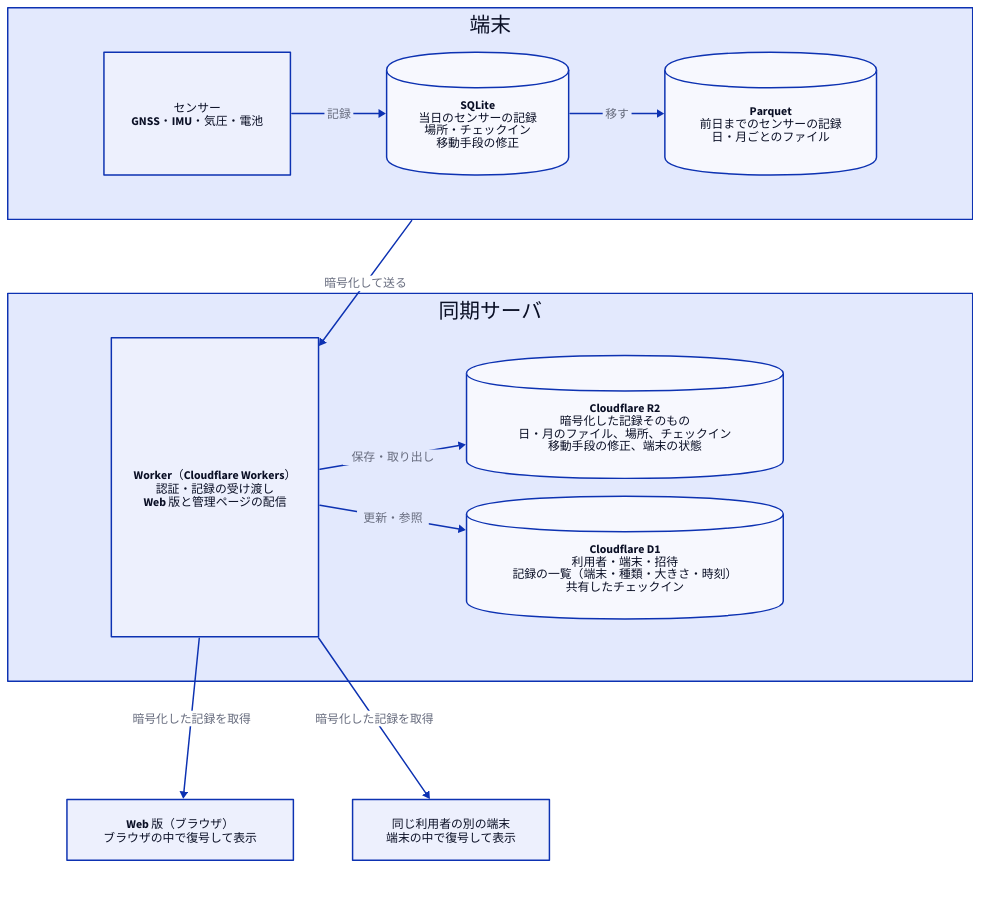
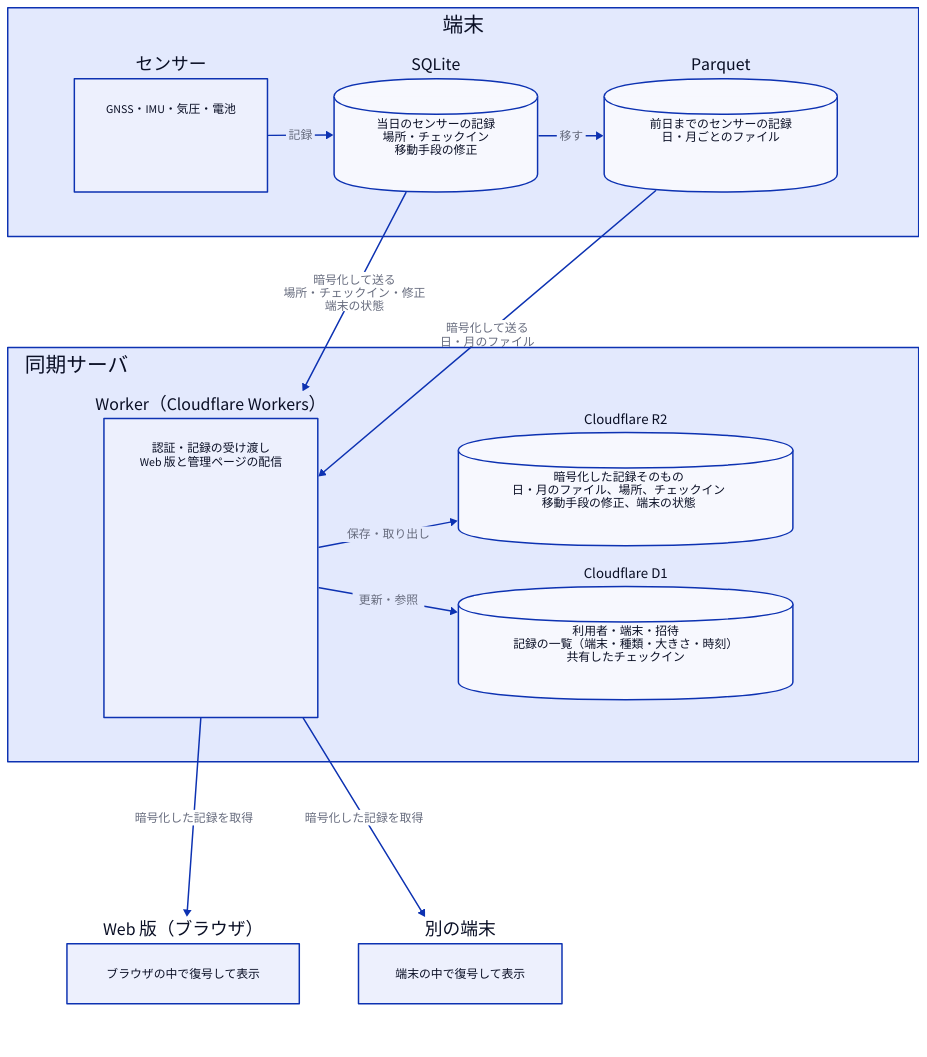
The diagram in docs/diagrams/data-flow.d2 (sksat/ashidori), drawn with D2 before and after one commit. The commit also changed 1 other file, not shown here.

Commit message:
README diagram: titles apart from descriptions, what each arrow sends
Each box is a titled container with its description as plain text, so the title (SQLite, Worker, Cloudflare R2, ...) stands out. The device sends two kinds of encrypted batches, each named on its arrow; the other device is just 別の端末.

Claude-Session: https://claude.ai/code/session_017t1ggPhSxMpk4m7mc72YJC

```diff
--- a/docs/diagrams/data-flow.d2
+++ b/docs/diagrams/data-flow.d2
@@ -1,47 +1,69 @@
 # データフロー（README）
 # 端末は記録を暗号化してから送る。復号できるのは利用者の端末とペアリングしたブラウザだけで、同期サーバには暗号化した記録だけが届く。
 direction: down
 grid-rows: 3
-grid-gap: 100
+grid-gap: 150
 
 phone: 端末 {
   grid-columns: 3
-  horizontal-gap: 130
-  sensors: "センサー\nGNSS・IMU・気圧・電池"
-  db: "SQLite\n当日のセンサーの記録\n場所・チェックイン\n移動手段の修正" {shape: cylinder}
-  archive: "Parquet\n前日までのセンサーの記録\n日・月ごとのファイル" {shape: cylinder}
+  horizontal-gap: 90
+  sensors: "センサー" {
+    d: "GNSS・IMU・気圧・電池" {shape: text}
+  }
+  db: "SQLite" {
+    shape: cylinder
+    d: "当日のセンサーの記録\n場所・チェックイン\n移動手段の修正" {shape: text}
+  }
+  archive: "Parquet" {
+    shape: cylinder
+    d: "前日までのセンサーの記録\n日・月ごとのファイル" {shape: text}
+  }
 
   sensors -> db: 記録
   db -> archive: 移す
 }
 
 server: 同期サーバ {
+  label.near: top-left
   grid-columns: 2
-  horizontal-gap: 140
+  horizontal-gap: 110
   # The Worker on the left (under the device's encryption and above the readers),
   # the stores on the right, so no arrow crosses a store.
-  api: "Worker（Cloudflare Workers）\n認証・記録の受け渡し\nWeb 版と管理ページの配信"
+  api: "Worker（Cloudflare Workers）" {
+    d: "認証・記録の受け渡し\nWeb 版と管理ページの配信" {shape: text}
+  }
   stores: "" {
     style.fill: transparent
     style.stroke: transparent
     grid-rows: 2
     vertical-gap: 24
-    blobs: "Cloudflare R2\n暗号化した記録そのもの\n日・月のファイル、場所、チェックイン\n移動手段の修正、端末の状態" {shape: cylinder}
-    meta: "Cloudflare D1\n利用者・端末・招待\n記録の一覧（端末・種類・大きさ・時刻）\n共有したチェックイン" {shape: cylinder}
+    blobs: "Cloudflare R2" {
+      shape: cylinder
+      d: "暗号化した記録そのもの\n日・月のファイル、場所、チェックイン\n移動手段の修正、端末の状態" {shape: text}
+    }
+    meta: "Cloudflare D1" {
+      shape: cylinder
+      d: "利用者・端末・招待\n記録の一覧（端末・種類・大きさ・時刻）\n共有したチェックイン" {shape: text}
+    }
   }
   api -> stores.blobs: 保存・取り出し
   api -> stores.meta: 更新・参照
 }
 
 readers: "" {
   style.fill: transparent
   style.stroke: transparent
   grid-columns: 2
   horizontal-gap: 80
-  web: "Web 版（ブラウザ）\nブラウザの中で復号して表示"
-  other: "同じ利用者の別の端末\n端末の中で復号して表示"
+  web: "Web 版（ブラウザ）" {
+    d: "ブラウザの中で復号して表示" {shape: text}
+  }
+  other: "別の端末" {
+    d: "端末の中で復号して表示" {shape: text}
+  }
 }
 
-phone -> server.api: 暗号化して送る
+phone.db -> server.api: "暗号化して送る\n場所・チェックイン・修正\n端末の状態"
+phone.archive -> server.api: "暗号化して送る\n日・月のファイル"
 server.api -> readers.web: 暗号化した記録を取得
 server.api -> readers.other: 暗号化した記録を取得
```
